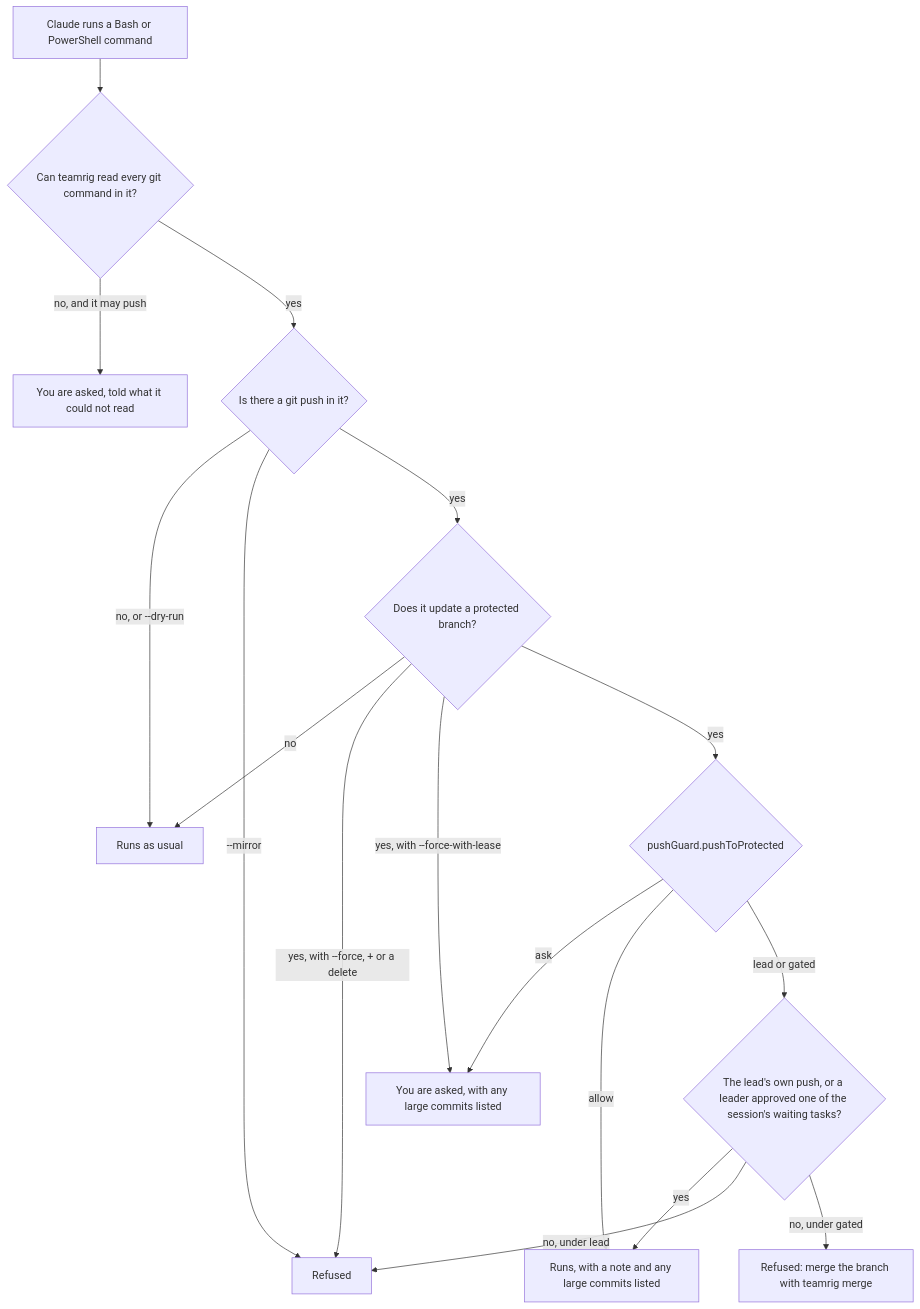
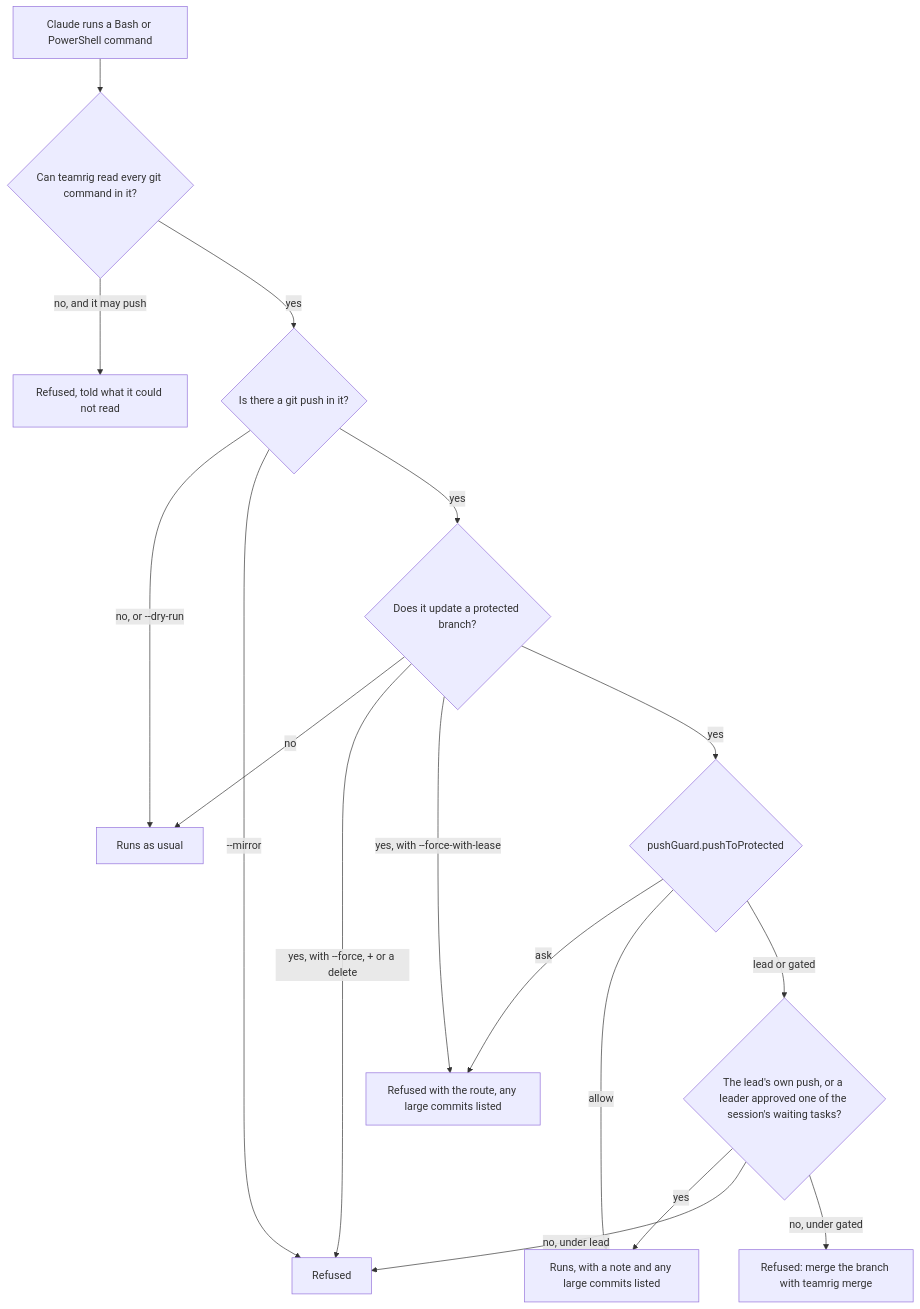
The diagram in docs/guides/keep-it-safe.md (GeneralA6/teamrig), drawn with Mermaid before and after one commit. The commit also changed other lines of this file and 11 other files, not shown here.

First line of the commit message:
docs: no teamrig hook asks a person; what one would ask about is refused with its route (T3356)

````diff
--- a/docs/guides/keep-it-safe.md
+++ b/docs/guides/keep-it-safe.md
@@ -31,19 +32,19 @@
 ```mermaid
 flowchart TD
   cmd["Claude runs a Bash or PowerShell command"] --> read{"Can teamrig read every git command in it?"}
-  read -- "no, and it may push" --> doubt["You are asked, told what it could not read"]
+  read -- "no, and it may push" --> doubt["Refused, told what it could not read"]
   read -- yes --> push{"Is there a git push in it?"}
   push -- "no, or --dry-run" --> run["Runs as usual"]
   push -- "--mirror" --> deny["Refused"]
   push -- yes --> branch{"Does it update a protected branch?"}
   branch -- no --> run
   branch -- "yes, with --force, + or a delete" --> deny
-  branch -- "yes, with --force-with-lease" --> ask["You are asked, with any large commits listed"]
+  branch -- "yes, with --force-with-lease" --> ask["Refused with the route, any large commits listed"]
   branch -- yes --> mode{"pushGuard.pushToProtected"}
   mode -- ask --> ask
   mode -- allow --> note["Runs, with a note and any large commits listed"]
   mode -- "lead or gated" --> cleared{"The lead's own push, or a leader approved one of the session's waiting tasks?"}
   cleared -- yes --> note
   cleared -- "no, under lead" --> deny
   cleared -- "no, under gated" --> merge["Refused: merge the branch with teamrig merge"]
 ```
````
